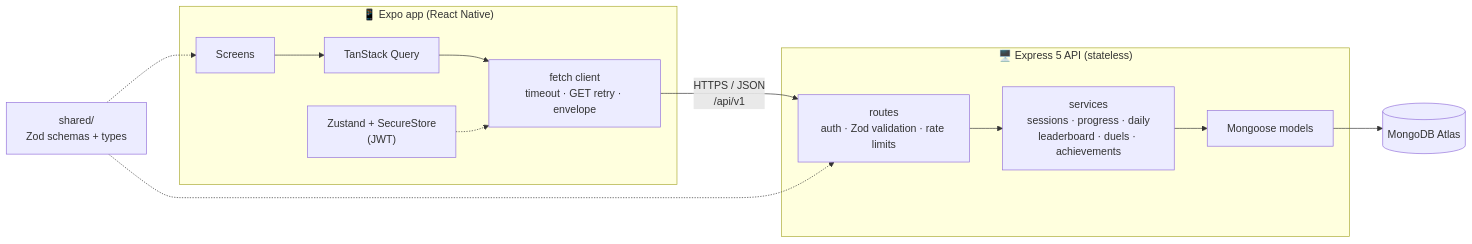
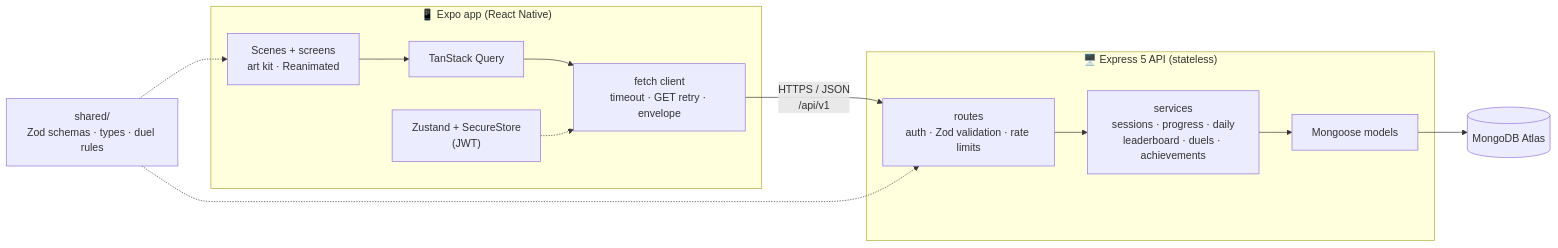
Before and after one commit to rajdeep-2004/luna: the first of 2 diagrams in README.md, drawn with Mermaid. The commit also changed other lines of this file and 1 other file, not shown here.

````diff
--- a/README.md
+++ b/README.md
@@ -111,15 +177,15 @@
 ```mermaid
 flowchart LR
   subgraph Phone["📱 Expo app (React Native)"]
-    UI["Screens"] --> Q["TanStack Query"] --> C["fetch client<br/>timeout · GET retry · envelope"]
+    UI["Scenes + screens<br/>art kit · Reanimated"] --> Q["TanStack Query"] --> C["fetch client<br/>timeout · GET retry · envelope"]
     S["Zustand + SecureStore<br/>(JWT)"] -.-> C
   end
   C -- "HTTPS / JSON<br/>/api/v1" --> API
   subgraph Server["🖥️ Express 5 API (stateless)"]
     API["routes<br/>auth · Zod validation · rate limits"] --> SVC["services<br/>sessions · progress · daily<br/>leaderboard · duels · achievements"]
     SVC --> M["Mongoose models"]
   end
   M --> DB[("MongoDB Atlas")]
-  SH["shared/<br/>Zod schemas + types"] -.-> UI
+  SH["shared/<br/>Zod schemas · types · duel rules"] -.-> UI
   SH -.-> API
 ```
````
